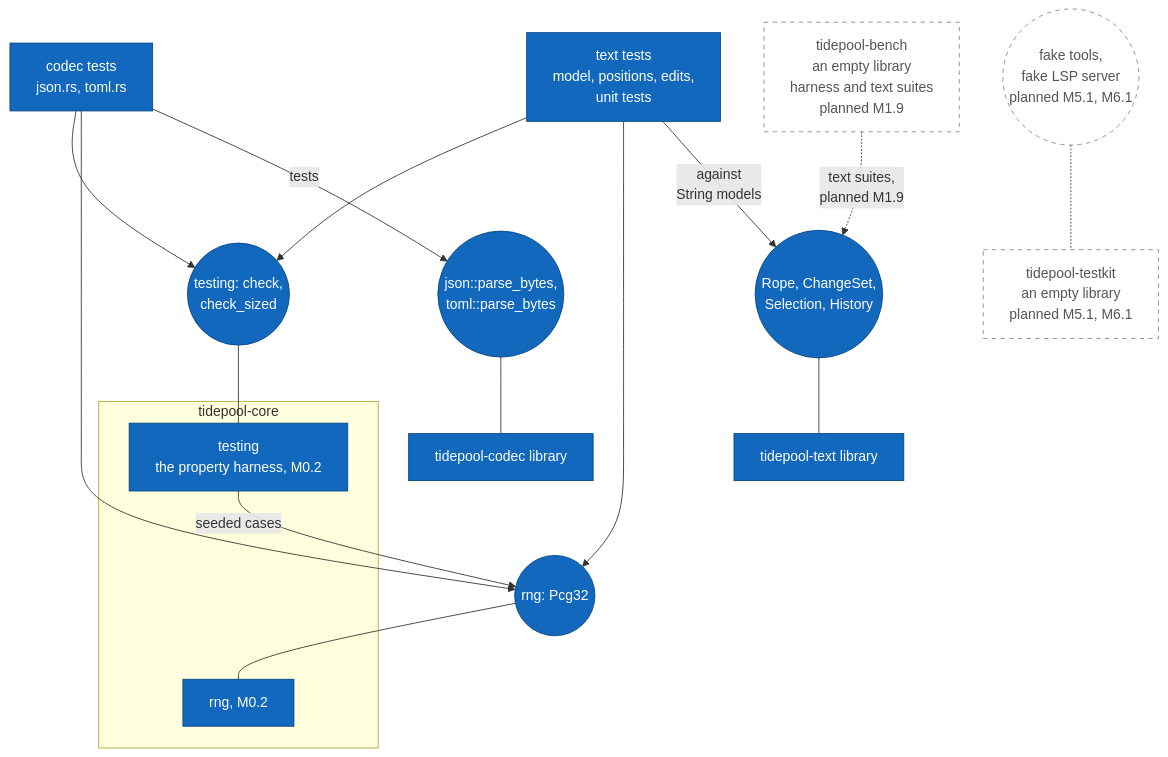
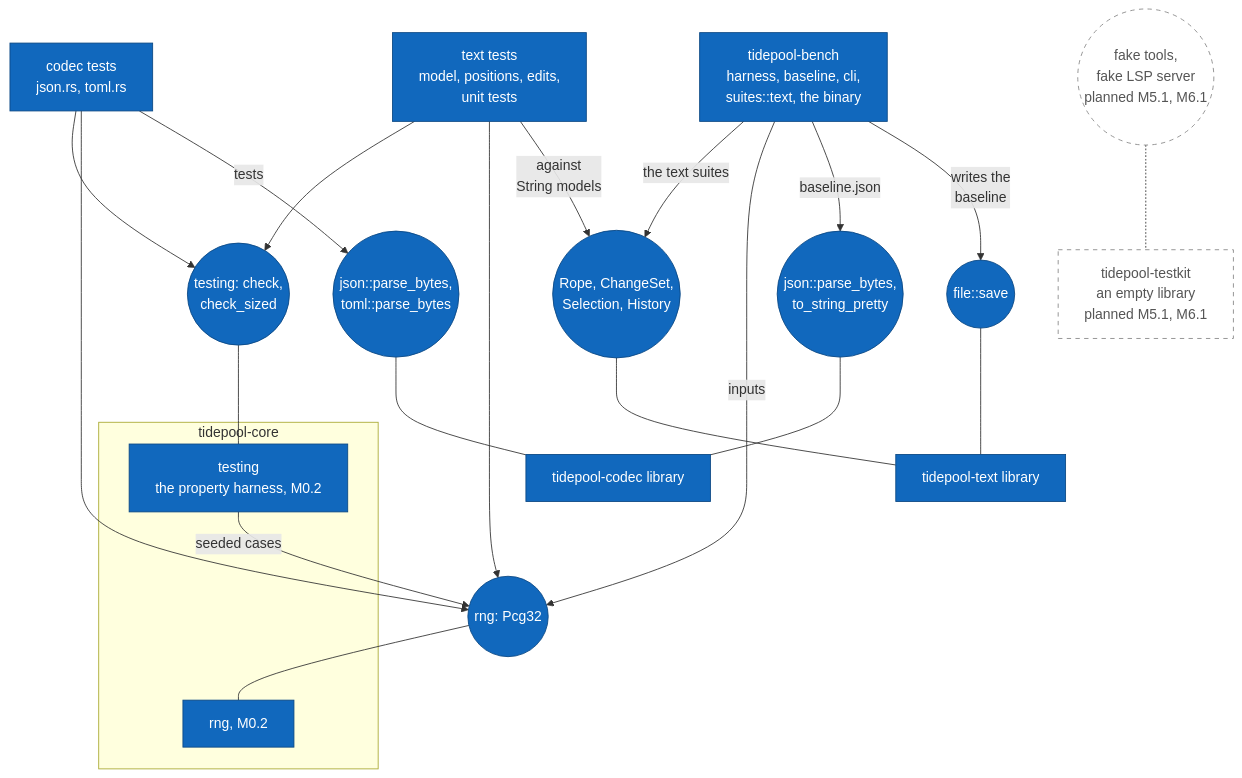
Diagram 21 of 21 in diagrams/component-diagrams.md (jabbott-iii/Tidepool), drawn with Mermaid before and after one commit. The commit also changed other lines of this file and 30 other files, not shown here.

````diff
--- a/diagrams/component-diagrams.md
+++ b/diagrams/component-diagrams.md
@@ -1158,42 +1163,49 @@
 ```mermaid
 flowchart TB
     c_ctests["codec tests<br/>json.rs, toml.rs"]
     c_ttests["text tests<br/>model, positions, edits,<br/>unit tests"]
-    c_bench["tidepool-bench<br/>an empty library<br/>harness and text suites<br/>planned M1.9"]
+    c_bench["tidepool-bench<br/>harness, baseline, cli,<br/>suites::text, the binary"]
 
     i_check(("testing: check,<br/>check_sized"))
     i_pcg(("rng: Pcg32"))
     i_cparse(("json::parse_bytes,<br/>toml::parse_bytes"))
     i_tall(("Rope, ChangeSet,<br/>Selection, History"))
+    i_bjson(("json::parse_bytes,<br/>to_string_pretty"))
+    i_save(("file::save"))
 
     subgraph sg_core["tidepool-core"]
         c_testing["testing<br/>the property harness, M0.2"]
         c_rng["rng, M0.2"]
     end
     c_codec["tidepool-codec library"]
     c_text["tidepool-text library"]
 
     c_testkit["tidepool-testkit<br/>an empty library<br/>planned M5.1, M6.1"]
     i_fakes(("fake tools,<br/>fake LSP server<br/>planned M5.1, M6.1"))
 
     c_ctests --> i_check
     c_ctests --> i_pcg
     c_ctests -->|"tests"| i_cparse
     c_ttests --> i_check
     c_ttests --> i_pcg
     c_ttests -->|"against<br/>String models"| i_tall
-    c_bench -.->|"text suites,<br/>planned M1.9"| i_tall
+    c_bench -->|"the text suites"| i_tall
+    c_bench -->|"inputs"| i_pcg
+    c_bench -->|"baseline.json"| i_bjson
+    c_bench -->|"writes the<br/>baseline"| i_save
 
     i_check --- c_testing
     c_testing -->|"seeded cases"| i_pcg
     i_pcg --- c_rng
     i_cparse --- c_codec
+    i_bjson --- c_codec
     i_tall --- c_text
+    i_save --- c_text
     i_fakes -.- c_testkit
 
     classDef built fill:#1168bd,stroke:#0b4884,color:#ffffff
     classDef planned fill:#ffffff,stroke:#888888,stroke-dasharray: 5 5,color:#555555
-    class c_ctests,c_ttests,c_testing,c_rng,c_codec,c_text built
-    class i_check,i_pcg,i_cparse,i_tall built
-    class c_bench,c_testkit,i_fakes planned
+    class c_ctests,c_ttests,c_bench,c_testing,c_rng,c_codec,c_text built
+    class i_check,i_pcg,i_cparse,i_tall,i_bjson,i_save built
+    class c_testkit,i_fakes planned
 ```
````
